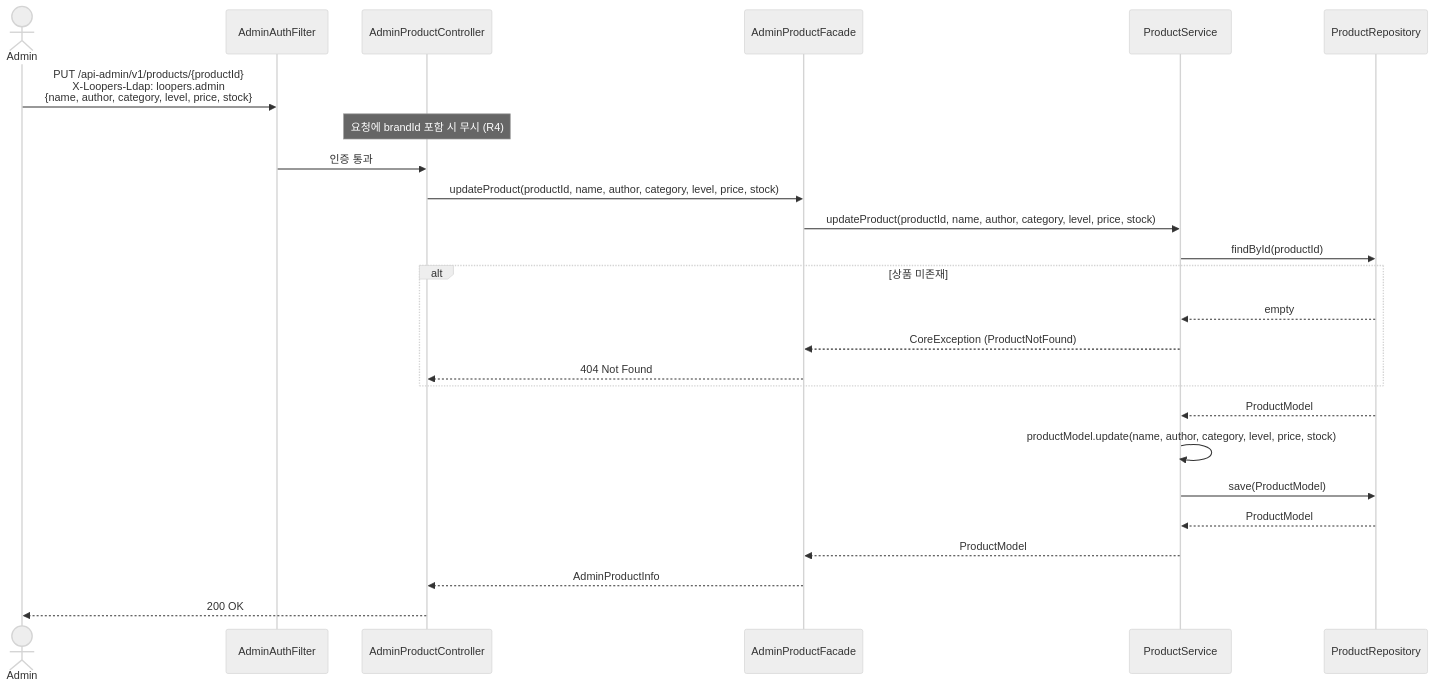
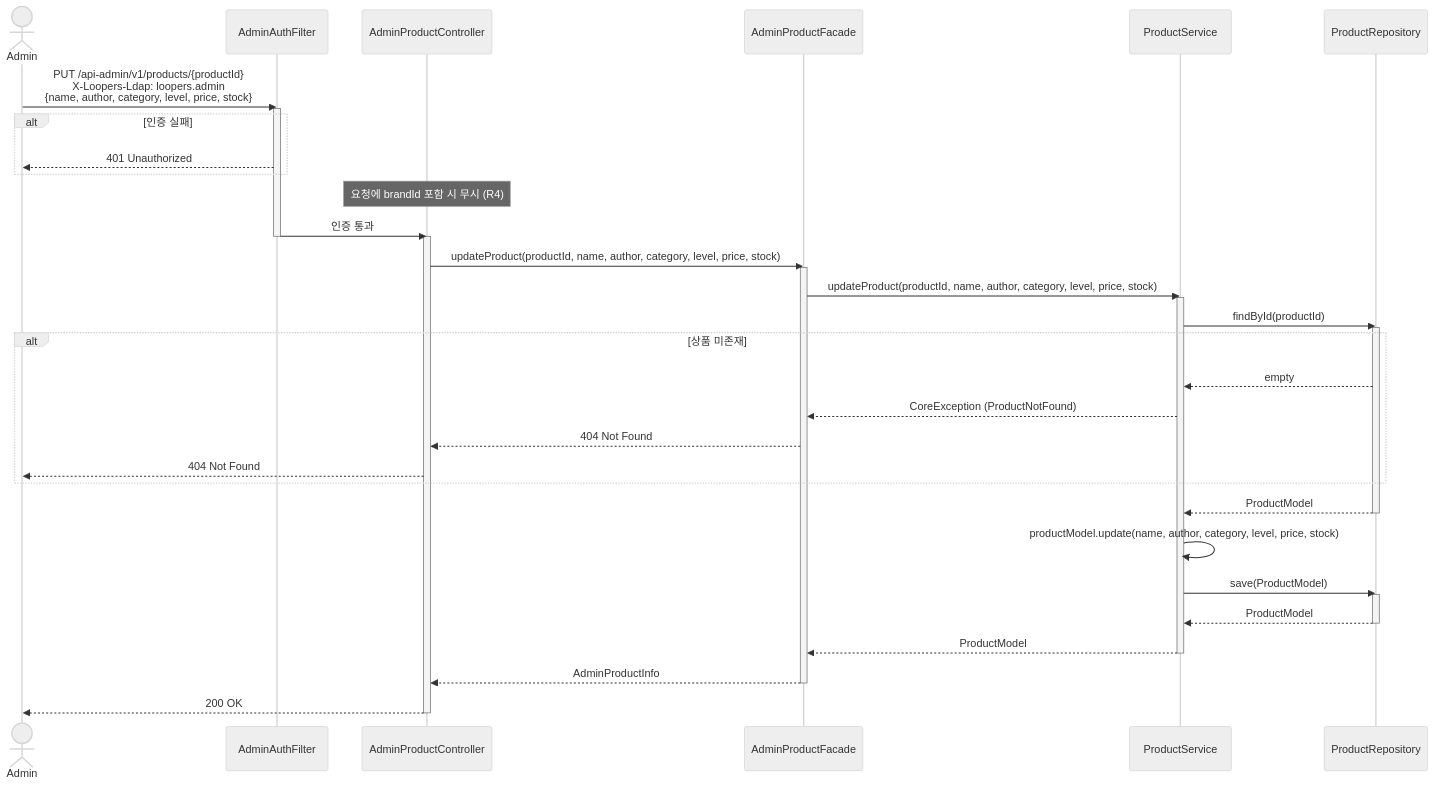
Before and after one commit to loopers-labs/loop-pack-be-l2-vol4-java: diagram 15 of 25 in .docs/design/02-sequence-diagrams.md, drawn with Mermaid (neutral theme). The commit also changed other lines of this file and 5 other files, not shown here.

````diff
--- a/.docs/design/02-sequence-diagrams.md
+++ b/.docs/design/02-sequence-diagrams.md
@@ -592,31 +797,47 @@
 ```mermaid
 sequenceDiagram
     actor Admin
     participant AF as AdminAuthFilter
     participant PC as AdminProductController
     participant PF as AdminProductFacade
     participant PS as ProductService
     participant PR as ProductRepository
 
     Admin->>AF: PUT /api-admin/v1/products/{productId}<br/>X-Loopers-Ldap: loopers.admin<br/>{name, author, category, level, price, stock}
+    activate AF
+    alt 인증 실패
+        AF-->>Admin: 401 Unauthorized
+    end
     Note over PC: 요청에 brandId 포함 시 무시 (R4)
     AF->>PC: 인증 통과
+    deactivate AF
+    activate PC
 
     PC->>PF: updateProduct(productId, name, author, category, level, price, stock)
+    activate PF
     PF->>PS: updateProduct(productId, name, author, category, level, price, stock)
+    activate PS
     PS->>PR: findById(productId)
+    activate PR
     alt 상품 미존재
         PR-->>PS: empty
         PS-->>PF: CoreException (ProductNotFound)
         PF-->>PC: 404 Not Found
+        PC-->>Admin: 404 Not Found
     end
     PR-->>PS: ProductModel
+    deactivate PR
 
     PS->>PS: productModel.update(name, author, category, level, price, stock)
     PS->>PR: save(ProductModel)
+    activate PR
     PR-->>PS: ProductModel
+    deactivate PR
     PS-->>PF: ProductModel
+    deactivate PS
 
     PF-->>PC: AdminProductInfo
+    deactivate PF
     PC-->>Admin: 200 OK
+    deactivate PC
 ```
````
